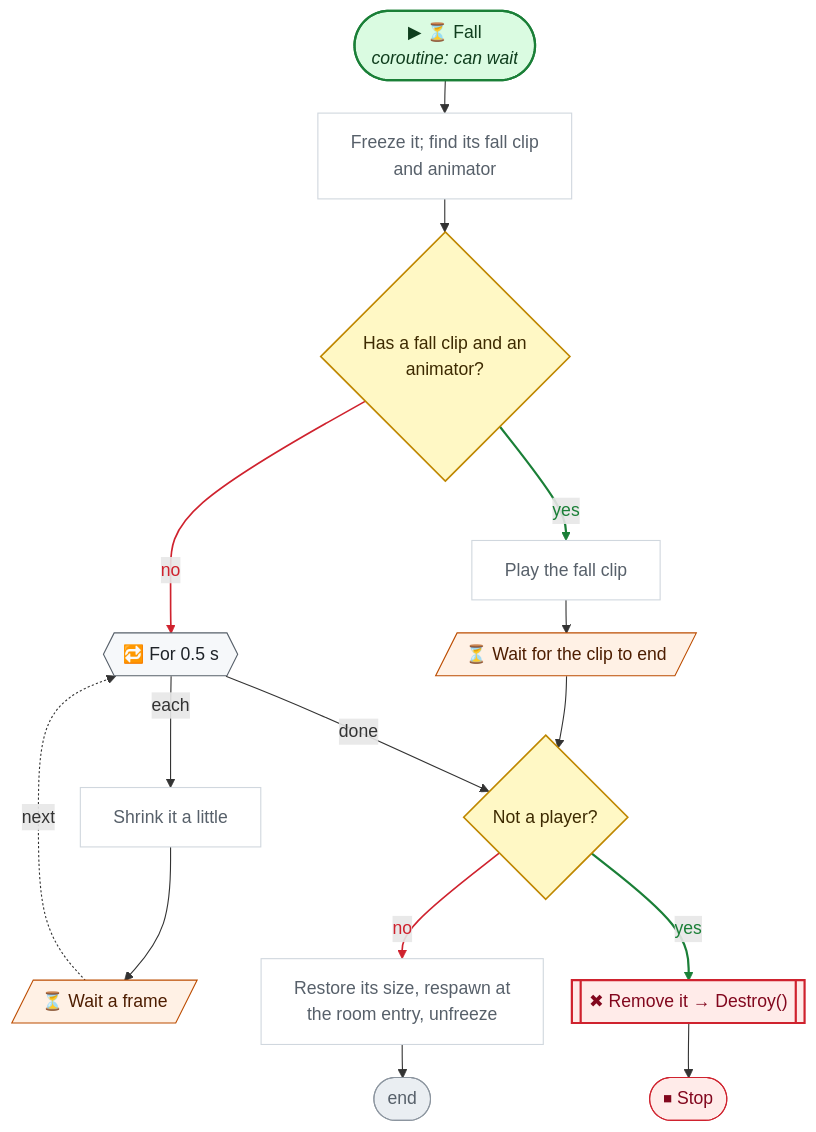
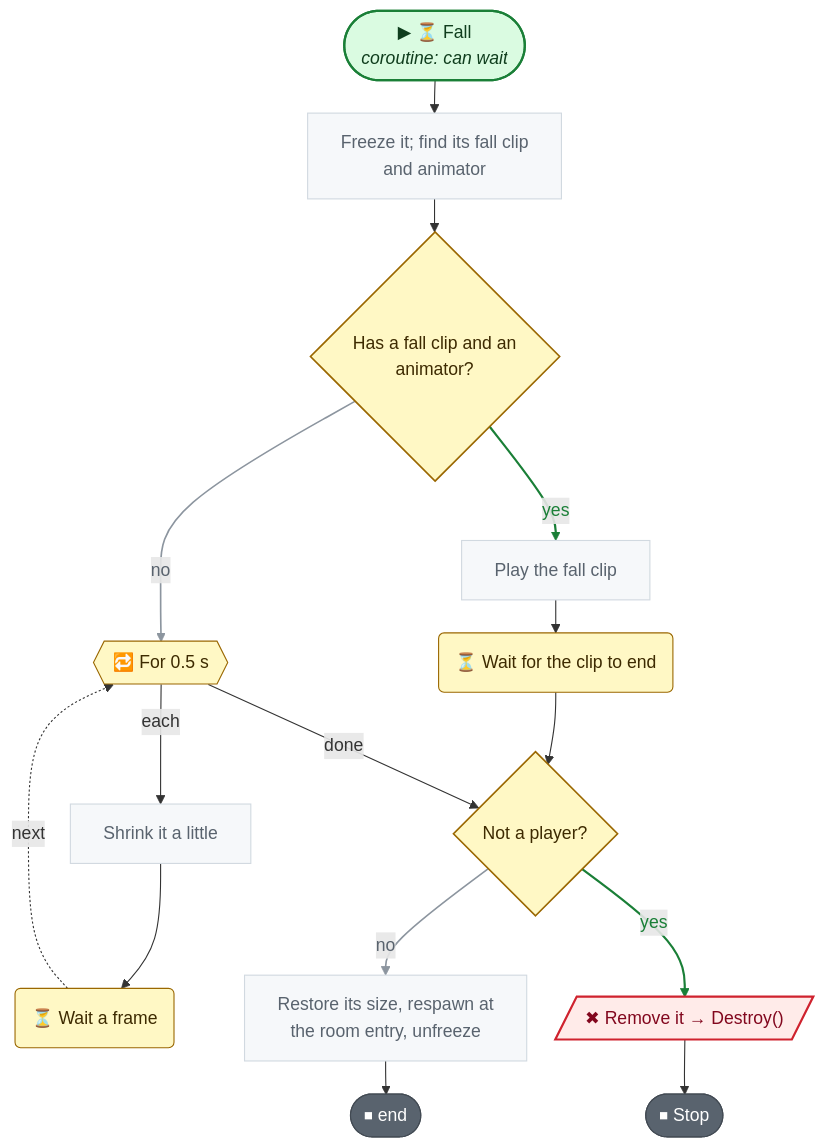
One commit to nataiai/Lord-of-the-Dungeon changed the third of 3 diagrams in CodeGraph~/graph/Map/Hole.cs.md. Above: the diagram before and after it, drawn with Mermaid. The commit also changed other lines of this file and 57 other files, not shown here.

````diff
--- a/CodeGraph~/graph/Map/Hole.cs.md
+++ b/CodeGraph~/graph/Map/Hole.cs.md
@@ -109,63 +111,63 @@
 ```mermaid
 ---
 config:
   flowchart:
     wrappingWidth: 260
     nodeSpacing: 26
     rankSpacing: 30
 ---
 flowchart TD
   nS(["▶ ⏳ Fall<br><i>coroutine: can wait</i>"])
   nfc587d["Freeze it; find its fall clip<br>and animator"]
   nbbdef8{"Has a fall clip and an<br>animator?"}
   n8efc72["Play the fall clip"]
-  naa312b[/"⏳ Wait for the clip to end"/]
+  naa312b("⏳ Wait for the clip to end")
   n0f4e9e{{"🔁 For 0.5 s"}}
   nc1664e["Shrink it a little"]
-  nb3bf40[/"⏳ Wait a frame"/]
+  nb3bf40("⏳ Wait a frame")
   n76f92d{"Not a player?"}
-  n885d6b[["✖ Remove it → Destroy()"]]
+  n885d6b[/"✖ Remove it → Destroy()"/]
   n3349eb["Restore its size, respawn at<br>the room entry, unfreeze"]
-  nE(["end"])
+  nE(["⏹ end"])
   nb26d12(["⏹ Stop"])
   nS --> nfc587d
   nfc587d --> nbbdef8
   nbbdef8 -->|yes| n8efc72
   n8efc72 --> naa312b
   nbbdef8 -->|no| n0f4e9e
   n0f4e9e -->|each| nc1664e
   nc1664e --> nb3bf40
   nb3bf40 -.->|next| n0f4e9e
   naa312b --> n76f92d
   n0f4e9e -->|done| n76f92d
   n885d6b --> nb26d12
   n76f92d -->|no| n3349eb
   n76f92d -->|yes| n885d6b
   n3349eb --> nE
   linkStyle 2 stroke:#1a7f37,stroke-width:2px,color:#1a7f37
-  linkStyle 4 stroke:#cf222e,stroke-width:1.5px,color:#cf222e
-  linkStyle 11 stroke:#cf222e,stroke-width:1.5px,color:#cf222e
+  linkStyle 4 stroke:#8c959f,stroke-width:1.5px,color:#59636e
+  linkStyle 11 stroke:#8c959f,stroke-width:1.5px,color:#59636e
   linkStyle 12 stroke:#1a7f37,stroke-width:2px,color:#1a7f37
   classDef unity fill:#dafbe1,stroke:#1a7f37,stroke-width:2px,color:#0f3d1d
   classDef start fill:#dafbe1,stroke:#1a7f37,stroke-width:2px,color:#0f3d1d
-  classDef calc fill:#ffffff,stroke:#d0d7de,color:#57606a
+  classDef calc fill:#f6f8fa,stroke:#d1d9e0,color:#59636e
   classDef calls fill:#ddf4ff,stroke:#0969da,stroke-width:2px,color:#0a3069
-  classDef ext fill:#ddf4ff,stroke:#0969da,stroke-width:2px,stroke-dasharray:5 3,color:#0a3069
-  classDef cond fill:#fff8c5,stroke:#bf8700,stroke-width:1.5px,color:#3d2a00
-  classDef loop fill:#f6f8fa,stroke:#57606a,color:#1f2328
-  classDef exit fill:#ffebe9,stroke:#cf222e,color:#82071e
+  classDef ext fill:#f6f8fa,stroke:#59636e,stroke-width:1.5px,stroke-dasharray:5 5,color:#1f2328
+  classDef cond fill:#fff8c5,stroke:#9a6700,stroke-width:1.5px,color:#3d2a00
+  classDef loop fill:#fff8c5,stroke:#9a6700,color:#3d2a00
+  classDef wait fill:#fff8c5,stroke:#9a6700,color:#3d2a00
+  classDef exit fill:#59636e,stroke:#424a53,color:#ffffff
+  classDef fin fill:#59636e,stroke:#424a53,color:#ffffff
+  classDef act fill:#ffffff,stroke:#59636e,stroke-width:1.5px,color:#1f2328
   classDef kill fill:#ffebe9,stroke:#cf222e,stroke-width:2px,color:#82071e
-  classDef spawn fill:#dafbe1,stroke:#1a7f37,stroke-width:2px,color:#0f3d1d
-  classDef wait fill:#fff1e5,stroke:#bc4c00,color:#4d1d00
-  classDef fin fill:#eaeef2,stroke:#8c959f,color:#57606a
   classDef join fill:#d0d7de,stroke:#8c959f,color:#57606a
   classDef ghdr fill:#f5f9ff,stroke:#f5f9ff,color:#0a3069,font-weight:bold
   class nfc587d,n8efc72,nc1664e,n3349eb calc
   class nbbdef8,n76f92d cond
   class nb26d12 exit
   class nE fin
   class n885d6b kill
   class n0f4e9e loop
   class nS start
   class naa312b,nb3bf40 wait
 ```
````
